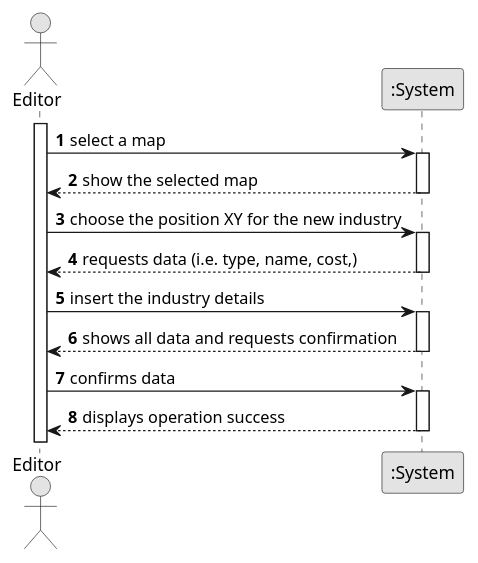
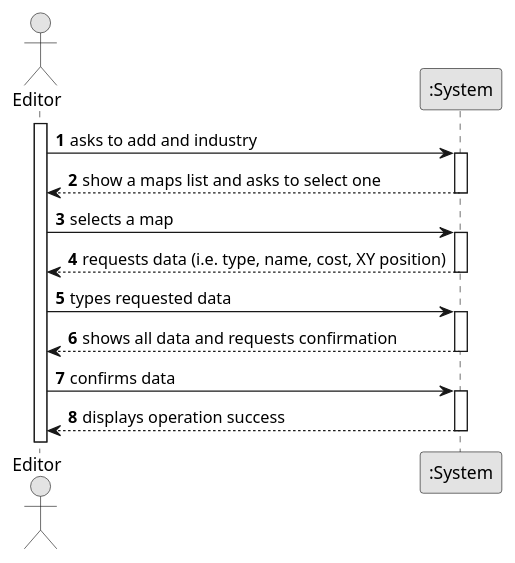
The diagram in docs/system-documentation/US002/01.requirements-engineering/puml/US002-SSD.puml (bruno-monteiro5/sem2-pi-24.25-g132-repo), drawn with PlantUML before and after one commit. The commit also changed 1 other file, not shown here.

```diff
--- a/docs/system-documentation/US002/01.requirements-engineering/puml/US002-SSD.puml
+++ b/docs/system-documentation/US002/01.requirements-engineering/puml/US002-SSD.puml
@@ -1,36 +1,36 @@
 @startuml
 skinparam monochrome true
 skinparam packageStyle rectangle
 skinparam shadowing false
 
 autonumber
 
 actor "Editor" as Employee
 participant ":System" as System
 
 activate Employee
 
-    Employee -> System : select a map
+    Employee -> System : asks to add and industry
     activate System
 
-        System --> Employee : show the selected map
+        System --> Employee : show a maps list and asks to select one
     deactivate System
 
-    Employee -> System : choose the position XY for the new industry
+    Employee -> System :selects a map
     activate System
 
-        System --> Employee : requests data (i.e. type, name, cost,)
+        System --> Employee : requests data (i.e. type, name, cost, XY position)
     deactivate System
 
-    Employee -> System : insert the industry details
+    Employee -> System : types requested data
     activate System
 
         System --> Employee : shows all data and requests confirmation
     deactivate System
 
     Employee -> System : confirms data
     activate System
 
         System --> Employee : displays operation success
     deactivate System
 @enduml
```
